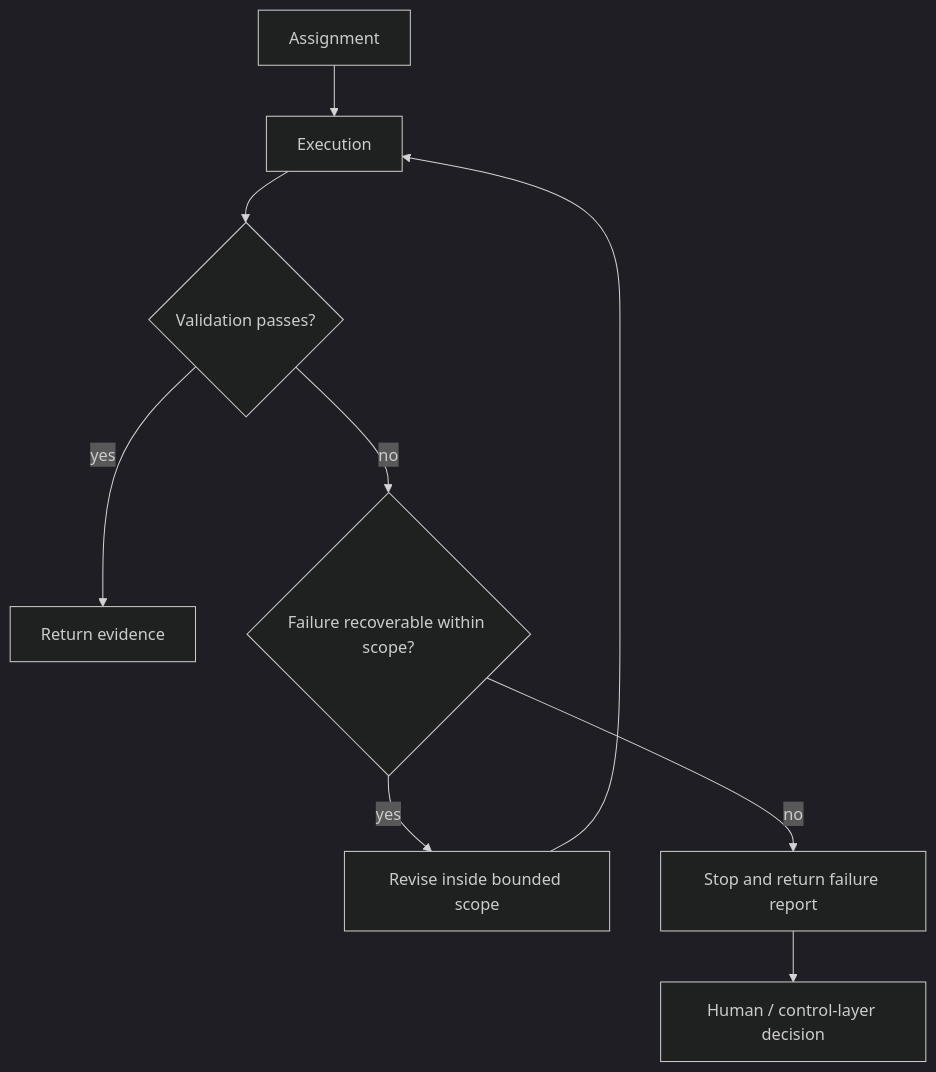
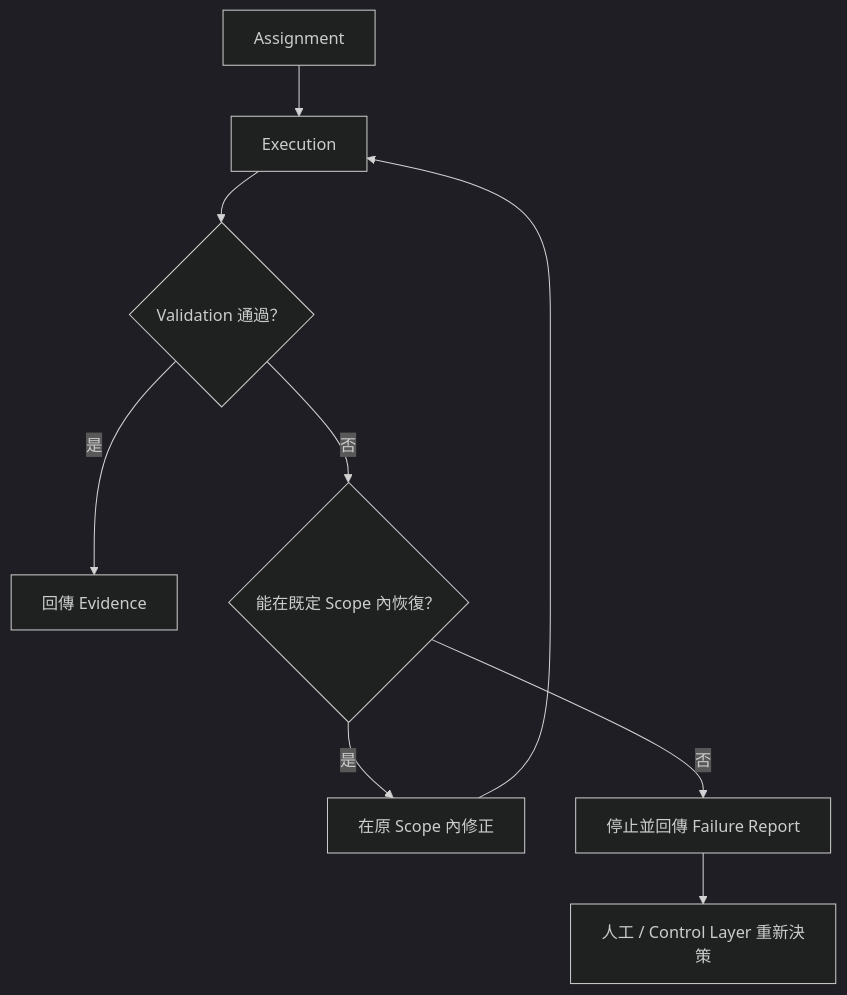
One commit to sodahsu/ai-agent-architecture changed the second of 2 diagrams in docs/architecture/data-flow.md. Above: the diagram before and after it, drawn with Mermaid (dark theme). The commit also changed other lines of this file, not shown here.

````diff
--- a/docs/architecture/data-flow.md
+++ b/docs/architecture/data-flow.md
@@ -82,11 +82,11 @@
 ```mermaid
 flowchart TD
     A[Assignment] --> B[Execution]
-    B --> C{Validation passes?}
-    C -->|yes| D[Return evidence]
-    C -->|no| E{Failure recoverable within scope?}
-    E -->|yes| F[Revise inside bounded scope]
+    B --> C{Validation 通過？}
+    C -->|是| D[回傳 Evidence]
+    C -->|否| E{能在既定 Scope 內恢復？}
+    E -->|是| F[在原 Scope 內修正]
     F --> B
-    E -->|no| G[Stop and return failure report]
-    G --> H[Human / control-layer decision]
+    E -->|否| G[停止並回傳 Failure Report]
+    G --> H[人工 / Control Layer 重新決策]
 ```
````
